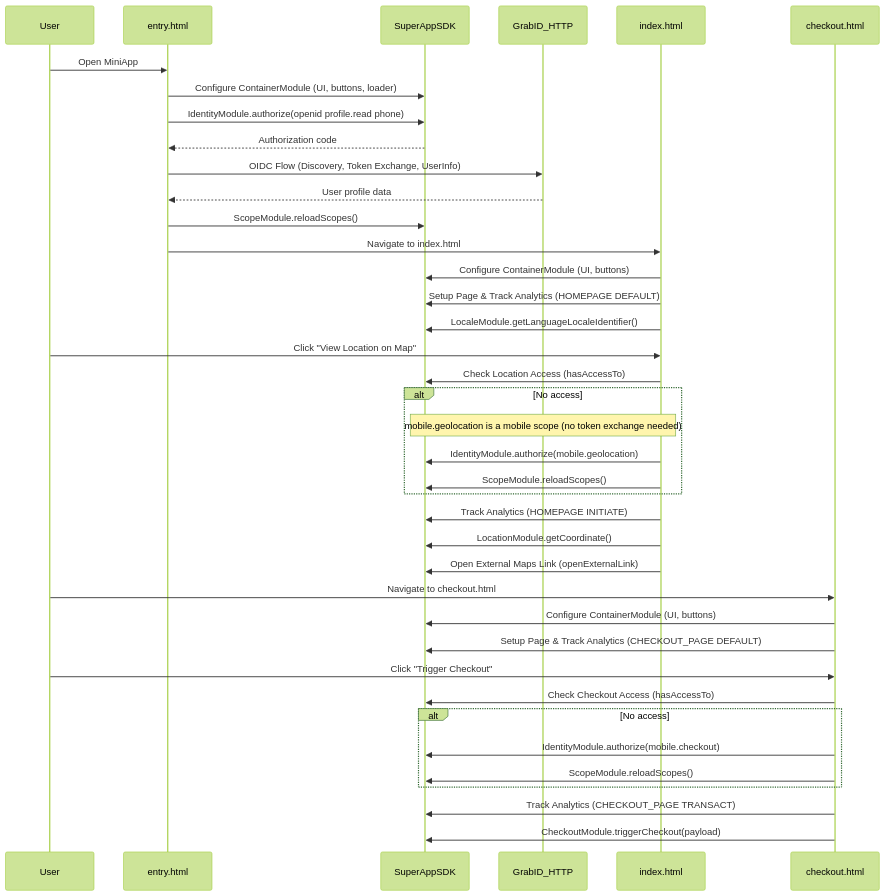
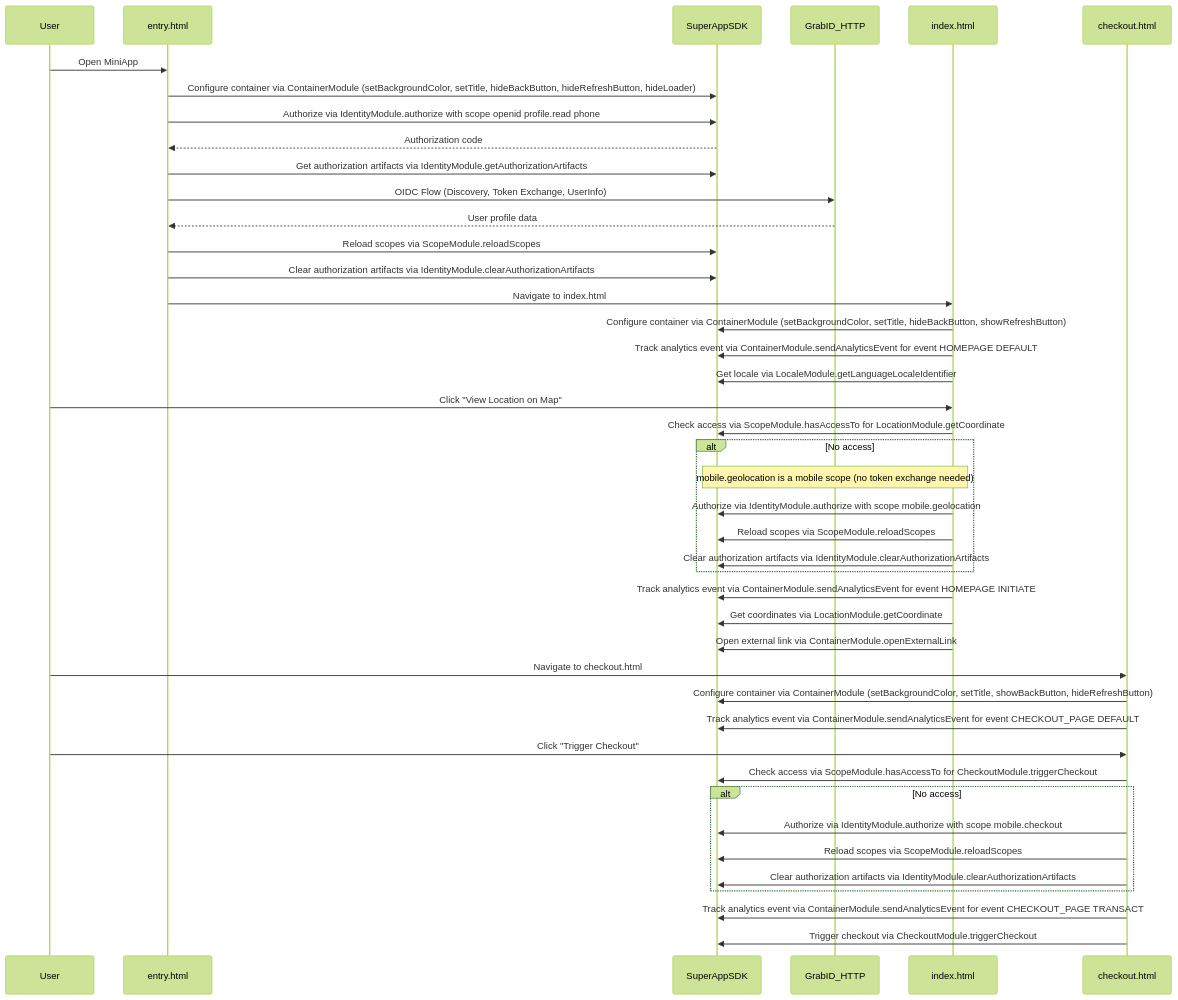
Before and after one commit to grab/superapp-sdk: the diagram in demo/cdn/README.md, drawn with Mermaid (forest theme). The commit also changed other lines of this file and 2 other files, not shown here.

Commit message:
[CXMINIAPP-1262] Add CDN demo

````diff
--- a/demo/cdn/README.md
+++ b/demo/cdn/README.md
@@ -22,44 +24,48 @@
 ```mermaid
 sequenceDiagram
     participant User
     participant Entry as entry.html
     participant SDK as SuperAppSDK
     participant OIDC as GrabID_HTTP
     participant Home as index.html
     participant Checkout as checkout.html
 
     User->>Entry: Open MiniApp
-    Entry->>SDK: Configure ContainerModule (UI, buttons, loader)
-    Entry->>SDK: IdentityModule.authorize(openid profile.read phone)
+    Entry->>SDK: Configure container via ContainerModule (setBackgroundColor, setTitle, hideBackButton, hideRefreshButton, hideLoader)
+    Entry->>SDK: Authorize via IdentityModule.authorize with scope openid profile.read phone
     SDK-->>Entry: Authorization code
+    Entry->>SDK: Get authorization artifacts via IdentityModule.getAuthorizationArtifacts
     Entry->>OIDC: OIDC Flow (Discovery, Token Exchange, UserInfo)
     OIDC-->>Entry: User profile data
-    Entry->>SDK: ScopeModule.reloadScopes()
+    Entry->>SDK: Reload scopes via ScopeModule.reloadScopes
+    Entry->>SDK: Clear authorization artifacts via IdentityModule.clearAuthorizationArtifacts
     Entry->>Home: Navigate to index.html
 
-    Home->>SDK: Configure ContainerModule (UI, buttons)
-    Home->>SDK: Setup Page & Track Analytics (HOMEPAGE DEFAULT)
-    Home->>SDK: LocaleModule.getLanguageLocaleIdentifier()
+    Home->>SDK: Configure container via ContainerModule (setBackgroundColor, setTitle, hideBackButton, showRefreshButton)
+    Home->>SDK: Track analytics event via ContainerModule.sendAnalyticsEvent for event HOMEPAGE DEFAULT
+    Home->>SDK: Get locale via LocaleModule.getLanguageLocaleIdentifier
     User->>Home: Click "View Location on Map"
-    Home->>SDK: Check Location Access (hasAccessTo)
+    Home->>SDK: Check access via ScopeModule.hasAccessTo for LocationModule.getCoordinate
     alt No access
         Note over Home,SDK: mobile.geolocation is a mobile scope (no token exchange needed)
-        Home->>SDK: IdentityModule.authorize(mobile.geolocation)
-        Home->>SDK: ScopeModule.reloadScopes()
+        Home->>SDK: Authorize via IdentityModule.authorize with scope mobile.geolocation
+        Home->>SDK: Reload scopes via ScopeModule.reloadScopes
+        Home->>SDK: Clear authorization artifacts via IdentityModule.clearAuthorizationArtifacts
     end
-    Home->>SDK: Track Analytics (HOMEPAGE INITIATE)
-    Home->>SDK: LocationModule.getCoordinate()
-    Home->>SDK: Open External Maps Link (openExternalLink)
+    Home->>SDK: Track analytics event via ContainerModule.sendAnalyticsEvent for event HOMEPAGE INITIATE
+    Home->>SDK: Get coordinates via LocationModule.getCoordinate
+    Home->>SDK: Open external link via ContainerModule.openExternalLink
 
     User->>Checkout: Navigate to checkout.html
-    Checkout->>SDK: Configure ContainerModule (UI, buttons)
-    Checkout->>SDK: Setup Page & Track Analytics (CHECKOUT_PAGE DEFAULT)
+    Checkout->>SDK: Configure container via ContainerModule (setBackgroundColor, setTitle, showBackButton, hideRefreshButton)
+    Checkout->>SDK: Track analytics event via ContainerModule.sendAnalyticsEvent for event CHECKOUT_PAGE DEFAULT
     User->>Checkout: Click "Trigger Checkout"
-    Checkout->>SDK: Check Checkout Access (hasAccessTo)
+    Checkout->>SDK: Check access via ScopeModule.hasAccessTo for CheckoutModule.triggerCheckout
     alt No access
-        Checkout->>SDK: IdentityModule.authorize(mobile.checkout)
-        Checkout->>SDK: ScopeModule.reloadScopes()
+        Checkout->>SDK: Authorize via IdentityModule.authorize with scope mobile.checkout
+        Checkout->>SDK: Reload scopes via ScopeModule.reloadScopes
+        Checkout->>SDK: Clear authorization artifacts via IdentityModule.clearAuthorizationArtifacts
     end
-    Checkout->>SDK: Track Analytics (CHECKOUT_PAGE TRANSACT)
-    Checkout->>SDK: CheckoutModule.triggerCheckout(payload)
+    Checkout->>SDK: Track analytics event via ContainerModule.sendAnalyticsEvent for event CHECKOUT_PAGE TRANSACT
+    Checkout->>SDK: Trigger checkout via CheckoutModule.triggerCheckout
 ```
````
